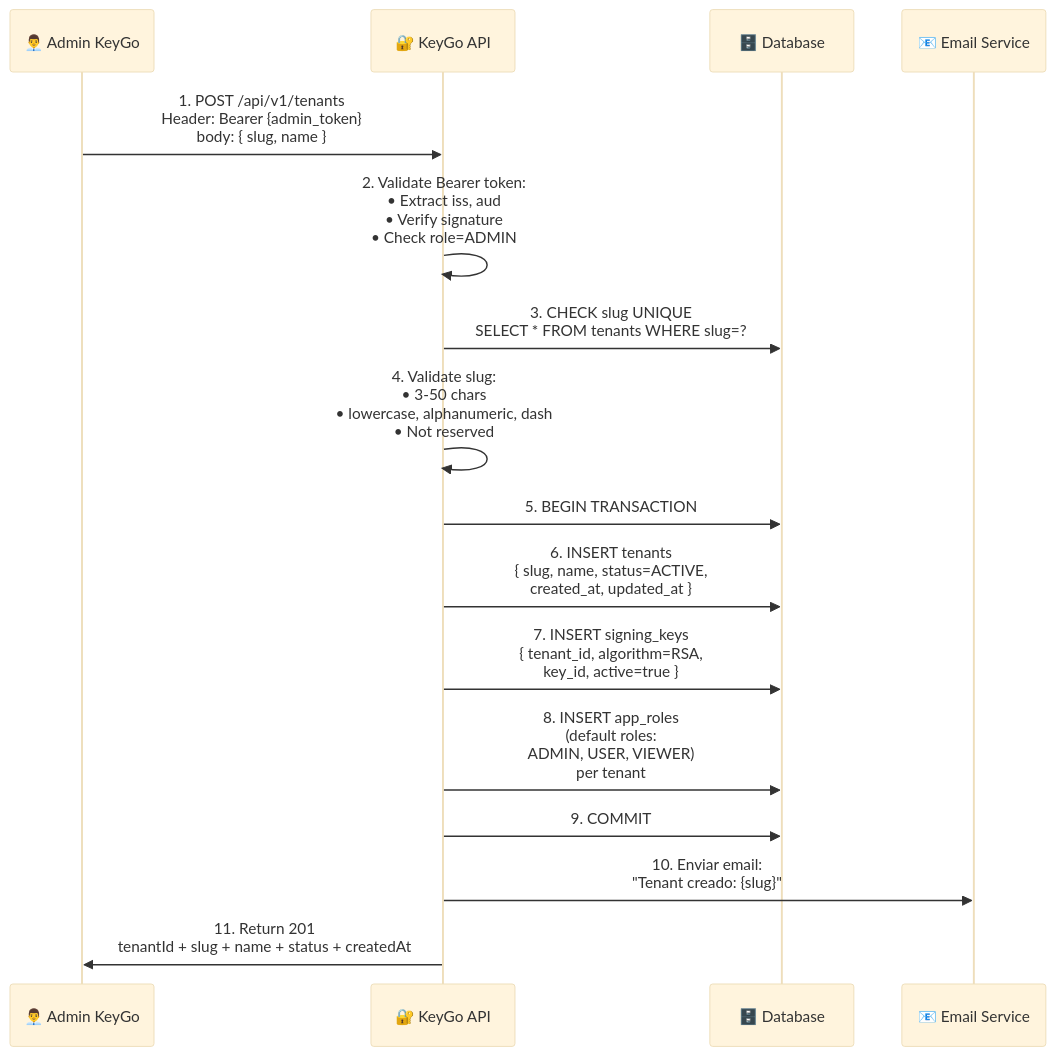
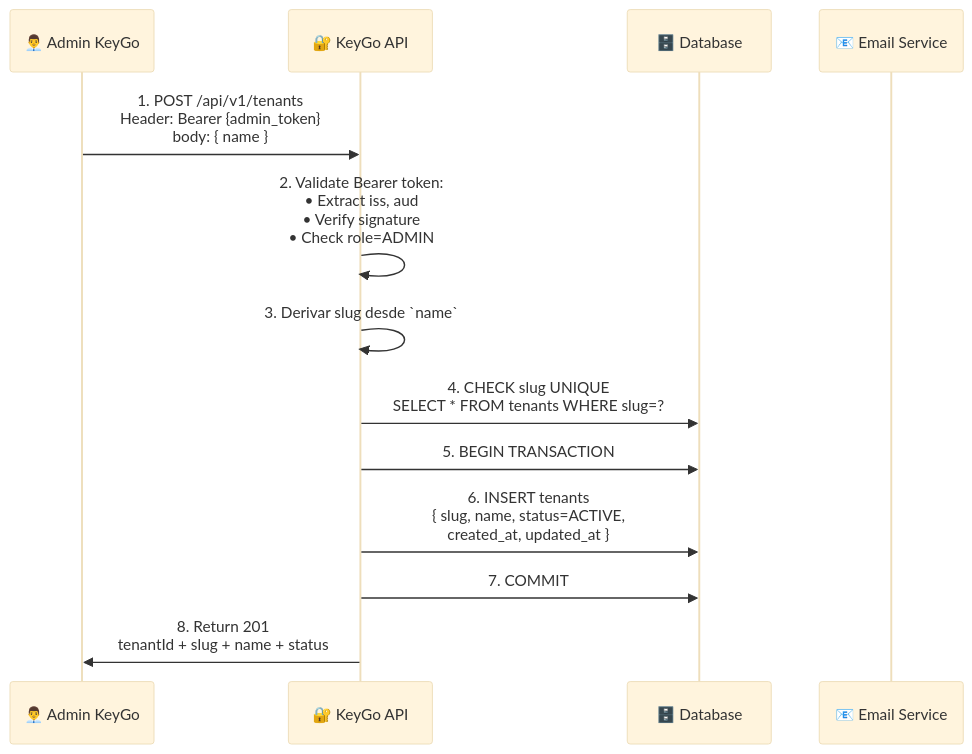
The first of 8 diagrams in doc/01-product/diagrams/tenant-management-flow.md (cmartinezs/keygo-server), drawn with Mermaid (base theme) before and after one commit. The commit also changed 185 other files, not shown here.

Commit message:
feat(domain): introduce ContractorType and ContractorUserRole enums; update ContractStatus with DELETED state refactor(tenant): remove ownerEmail from Tenant and related classes; adjust tenant creation logic chore(docs): enhance README and other documentation for clarity and structure

````diff
--- a/doc/01-product/diagrams/tenant-management-flow.md
+++ b/doc/01-product/diagrams/tenant-management-flow.md
@@ -11,29 +11,23 @@
 ```mermaid
 sequenceDiagram
     participant Admin as 👨‍💼 Admin KeyGo
     participant API as 🔐 KeyGo API
     participant DB as 🗄️ Database
     participant Email as 📧 Email Service
 
-    Admin->>API: 1. POST /api/v1/tenants<br/>Header: Bearer {admin_token}<br/>body: { slug, name }
+    Admin->>API: 1. POST /api/v1/tenants<br/>Header: Bearer {admin_token}<br/>body: { name }
     
     API->>API: 2. Validate Bearer token:<br/>• Extract iss, aud<br/>• Verify signature<br/>• Check role=ADMIN
 
-    API->>DB: 3. CHECK slug UNIQUE<br/>SELECT * FROM tenants WHERE slug=?
+    API->>API: 3. Derivar slug desde `name`
 
-    API->>API: 4. Validate slug:<br/>• 3-50 chars<br/>• lowercase, alphanumeric, dash<br/>• Not reserved
+    API->>DB: 4. CHECK slug UNIQUE<br/>SELECT * FROM tenants WHERE slug=?
 
     API->>DB: 5. BEGIN TRANSACTION
 
     API->>DB: 6. INSERT tenants<br/>{ slug, name, status=ACTIVE,<br/>  created_at, updated_at }
 
-    API->>DB: 7. INSERT signing_keys<br/>{ tenant_id, algorithm=RSA,<br/>  key_id, active=true }
+    API->>DB: 7. COMMIT
 
-    API->>DB: 8. INSERT app_roles<br/>(default roles:<br/> ADMIN, USER, VIEWER)<br/>per tenant
-
-    API->>DB: 9. COMMIT
-
-    API->>Email: 10. Enviar email:<br/>"Tenant creado: {slug}"
-
-    API->>Admin: 11. Return 201<br/>tenantId + slug + name + status + createdAt
+    API->>Admin: 8. Return 201<br/>tenantId + slug + name + status
 ```
````
